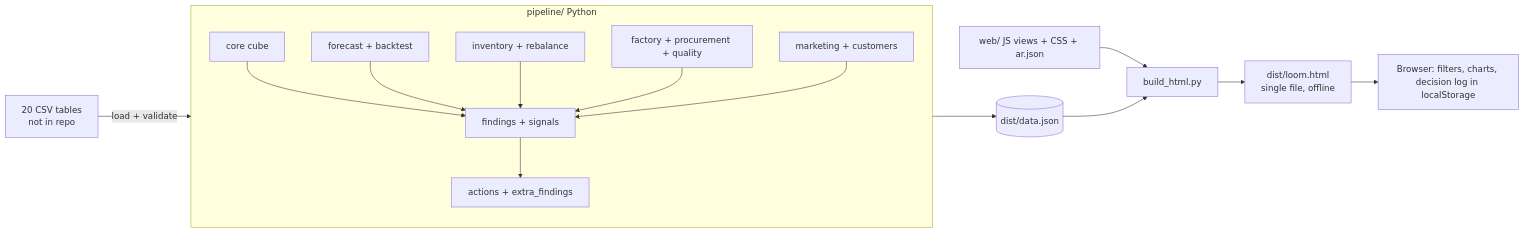
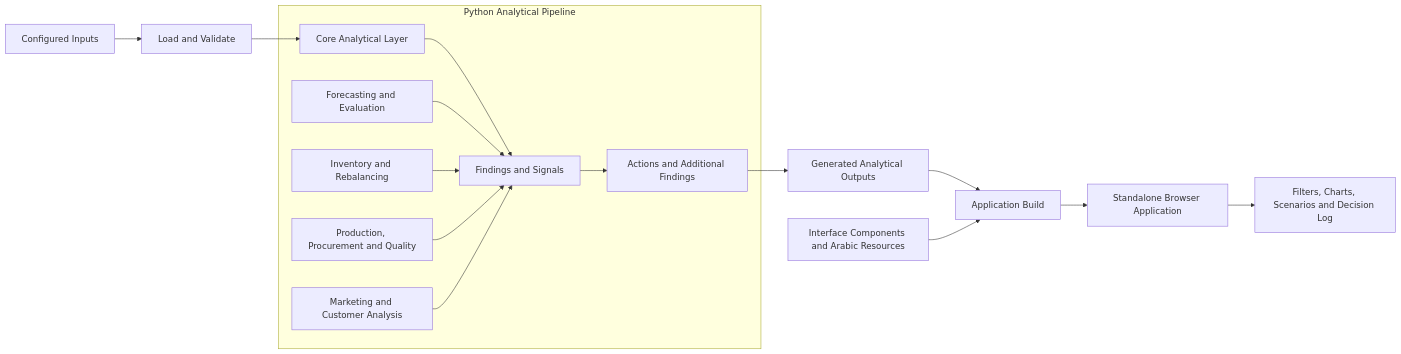
One commit to Youssef-Hesham-Jadallah/El-Sharnouby-Group-Decision-Intelligence changed the diagram in README.md. Above: the diagram before and after it, drawn with Mermaid. The commit also changed other lines of this file, not shown here.

````diff
--- a/README.md
+++ b/README.md
@@ -66,17 +89,20 @@
 ```mermaid
 flowchart LR
-  CSV[20 CSV tables<br/>not in repo] -->|load + validate| PIPE
-  subgraph PIPE[pipeline/ Python]
-    CORE[core cube] --> INS[findings + signals]
-    FC[forecast + backtest] --> INS
-    INV[inventory + rebalance] --> INS
-    FAC[factory + procurement + quality] --> INS
-    MKT[marketing + customers] --> INS
-    INS --> ACT[actions + extra_findings]
-  end
-  PIPE --> JSON[(dist/data.json)]
-  WEB[web/ JS views + CSS + ar.json] --> BUILD[build_html.py]
-  JSON --> BUILD
-  BUILD --> HTML[dist/loom.html<br/>single file, offline]
-  HTML --> BROWSER[Browser: filters, charts, decision log in localStorage]
+    INPUT[Configured Inputs] --> VALIDATE[Load and Validate]
+    
+    subgraph PIPELINE[Python Analytical Pipeline]
+        CORE[Core Analytical Layer] --> FINDINGS[Findings and Signals]
+        FORECAST[Forecasting and Evaluation] --> FINDINGS
+        INVENTORY[Inventory and Rebalancing] --> FINDINGS
+        OPERATIONS[Production, Procurement and Quality] --> FINDINGS
+        COMMERCIAL[Marketing and Customer Analysis] --> FINDINGS
+        FINDINGS --> ACTIONS[Actions and Additional Findings]
+    end
+
+    VALIDATE --> CORE
+    ACTIONS --> OUTPUT[Generated Analytical Outputs]
+    OUTPUT --> BUILD[Application Build]
+    UI[Interface Components and Arabic Resources] --> BUILD
+    BUILD --> APP[Standalone Browser Application]
+    APP --> INTERACTION[Filters, Charts, Scenarios and Decision Log]
 ```
````
